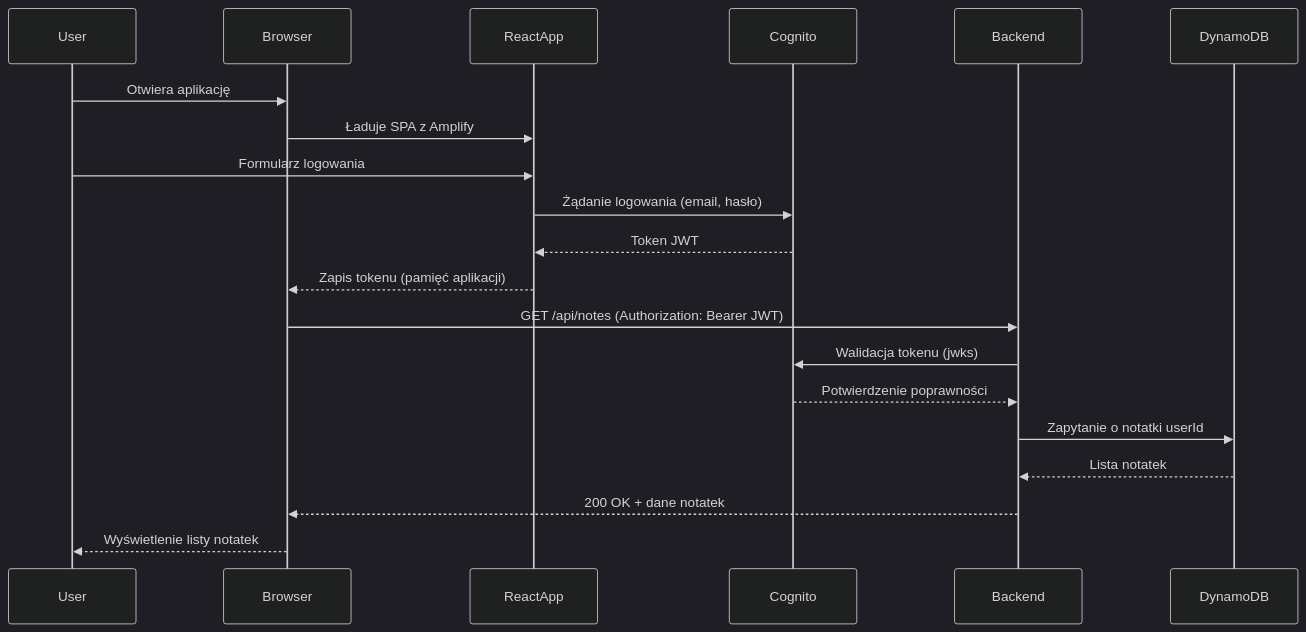
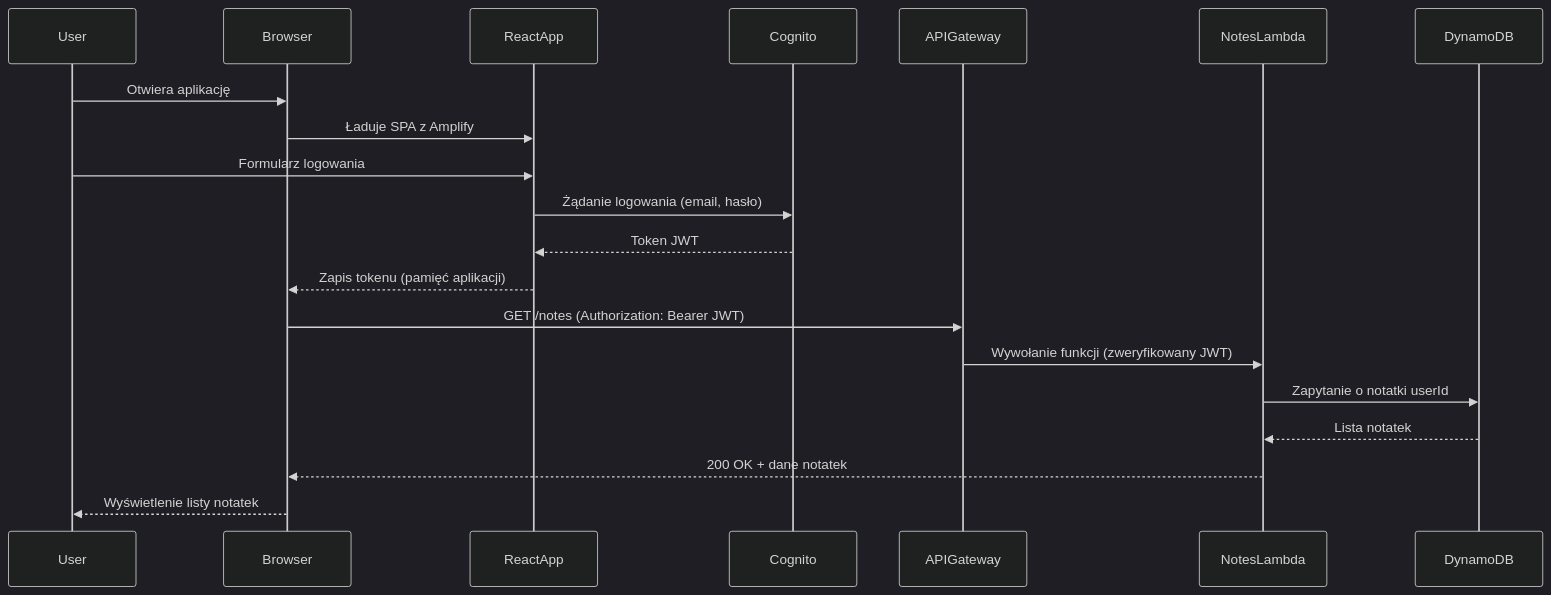
The second of 2 diagrams in documents/architektura-systemu-notatek-aws.md (devjoter/Projekt-zespolowy---Chmura-obliczeniowa), drawn with Mermaid (dark theme) before and after one commit. The commit also changed other lines of this file, not shown here.

````diff
--- a/documents/architektura-systemu-notatek-aws.md
+++ b/documents/architektura-systemu-notatek-aws.md
@@ -141,23 +146,23 @@
 ```mermaid
 sequenceDiagram
   participant User
   participant Browser
   participant ReactApp
   participant Cognito
-  participant Backend
+  participant APIGateway
+  participant NotesLambda
   participant DynamoDB
 
   User->>Browser: Otwiera aplikację
   Browser->>ReactApp: Ładuje SPA z Amplify
   User->>ReactApp: Formularz logowania
   ReactApp->>Cognito: Żądanie logowania (email, hasło)
   Cognito-->>ReactApp: Token JWT
   ReactApp-->>Browser: Zapis tokenu (pamięć aplikacji)
-  Browser->>Backend: GET /api/notes (Authorization: Bearer JWT)
-  Backend->>Cognito: Walidacja tokenu (jwks)
-  Cognito-->>Backend: Potwierdzenie poprawności
-  Backend->>DynamoDB: Zapytanie o notatki userId
-  DynamoDB-->>Backend: Lista notatek
-  Backend-->>Browser: 200 OK + dane notatek
+  Browser->>APIGateway: GET /notes (Authorization: Bearer JWT)
+  APIGateway->>NotesLambda: Wywołanie funkcji (zweryfikowany JWT)
+  NotesLambda->>DynamoDB: Zapytanie o notatki userId
+  DynamoDB-->>NotesLambda: Lista notatek
+  NotesLambda-->>Browser: 200 OK + dane notatek
   Browser-->>User: Wyświetlenie listy notatek
 ```
````
